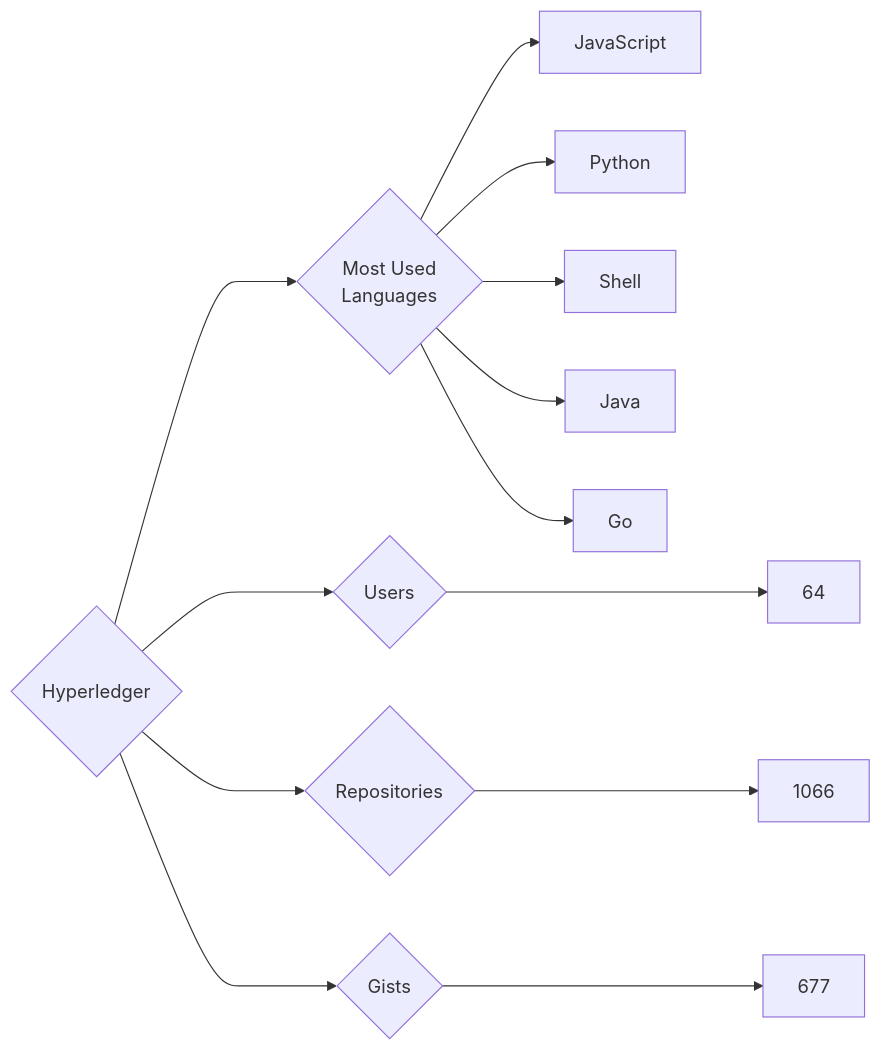
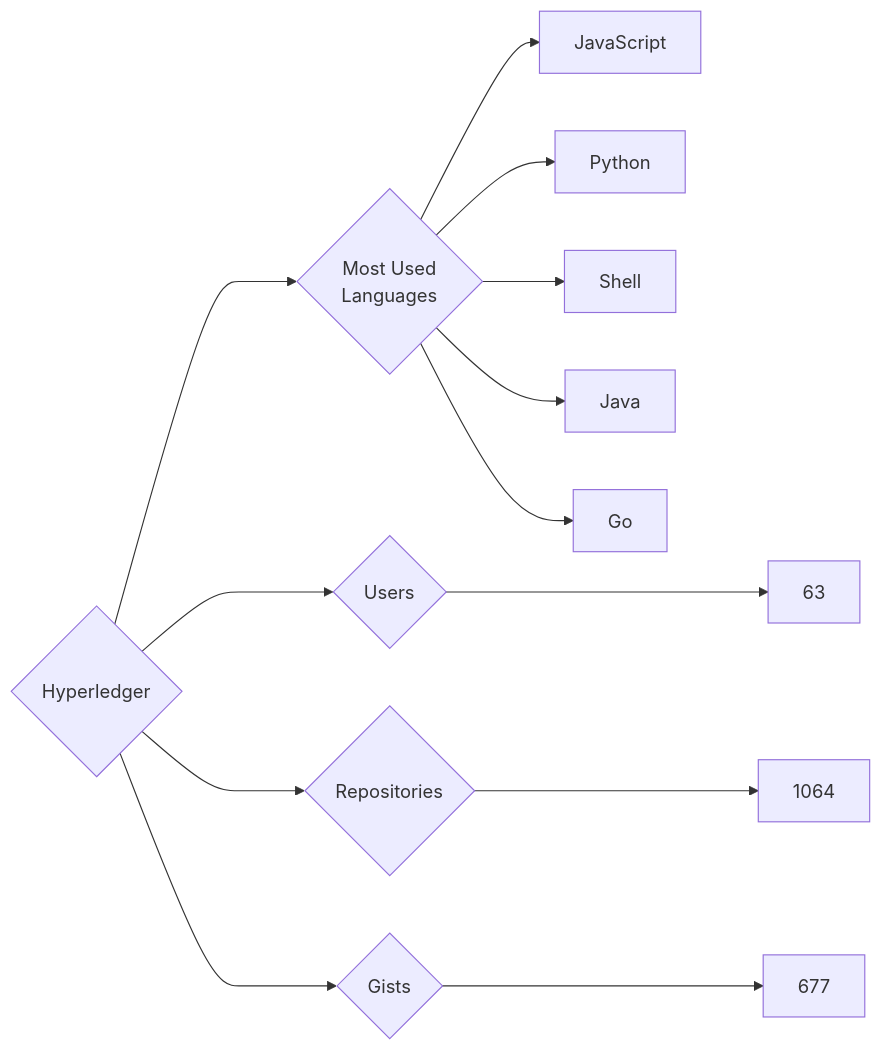
One commit to trickest/insiders changed the diagram in targets/Hyperledger/README.md. Above: the diagram before and after it, drawn with Mermaid. The commit also changed 757 other files, not shown here.

````diff
--- a/targets/Hyperledger/README.md
+++ b/targets/Hyperledger/README.md
@@ -3,13 +3,13 @@
 ```mermaid
 graph LR
 COMPANY_NAME{Hyperledger}
-COMPANY_NAME ---> U{Users} ---> UN[64]
-COMPANY_NAME ---> R{Repositories} ---> RN[1066]
+COMPANY_NAME ---> U{Users} ---> UN[63]
+COMPANY_NAME ---> R{Repositories} ---> RN[1064]
 COMPANY_NAME ---> G{Gists} ---> GN[677]
 COMPANY_NAME ---> ML{Most Used<br>Languages}
 ML --> JavaScript[JavaScript]
 ML --> Python[Python]
 ML --> Shell[Shell]
 ML --> Java[Java]
 ML --> Go[Go]
 ```
````
